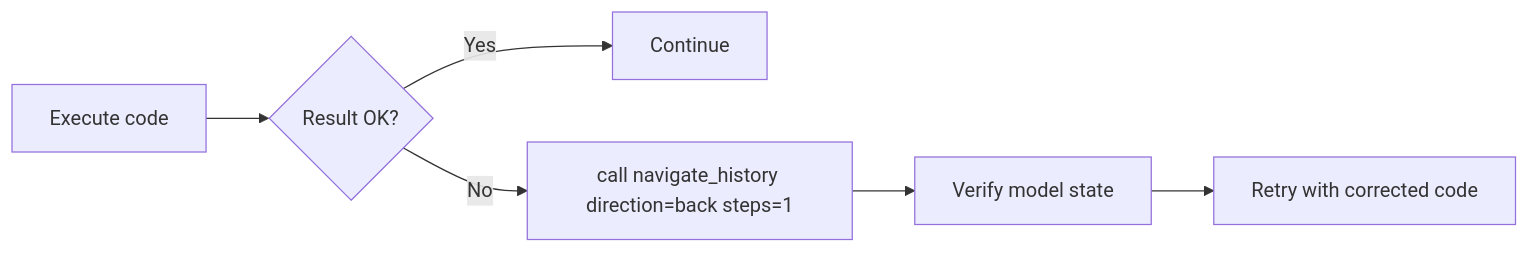
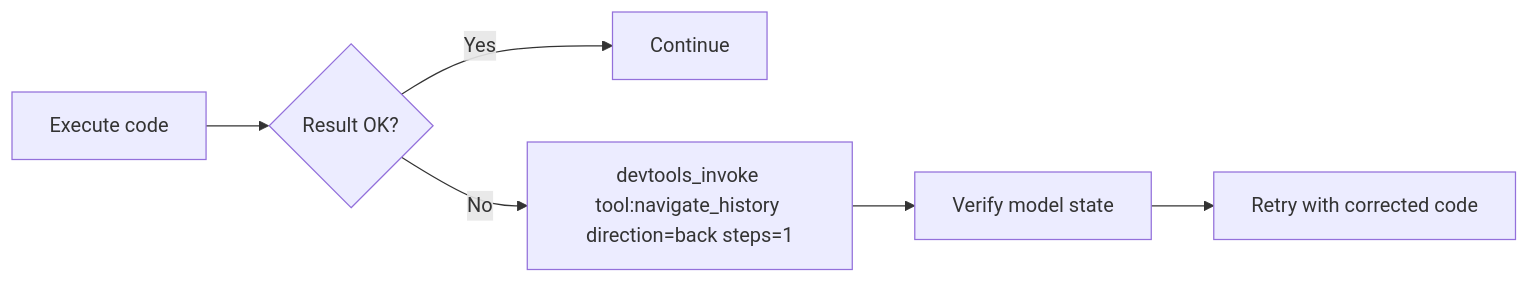
Before and after one commit to trgiangv/RevitDevTool: the third of 4 diagrams in docs/MCP/workflows.md, drawn with Mermaid. The commit also changed other lines of this file and 3 other files, not shown here.

````diff
--- a/docs/MCP/workflows.md
+++ b/docs/MCP/workflows.md
@@ -49,8 +61,8 @@
 ```mermaid
 flowchart LR
     A[Execute code] --> B{Result OK?}
     B -->|Yes| C[Continue]
-    B -->|No| D[call navigate_history direction=back steps=1]
+    B -->|No| D[devtools_invoke tool:navigate_history direction=back steps=1]
     D --> E[Verify model state]
     E --> F[Retry with corrected code]
 ```
````
